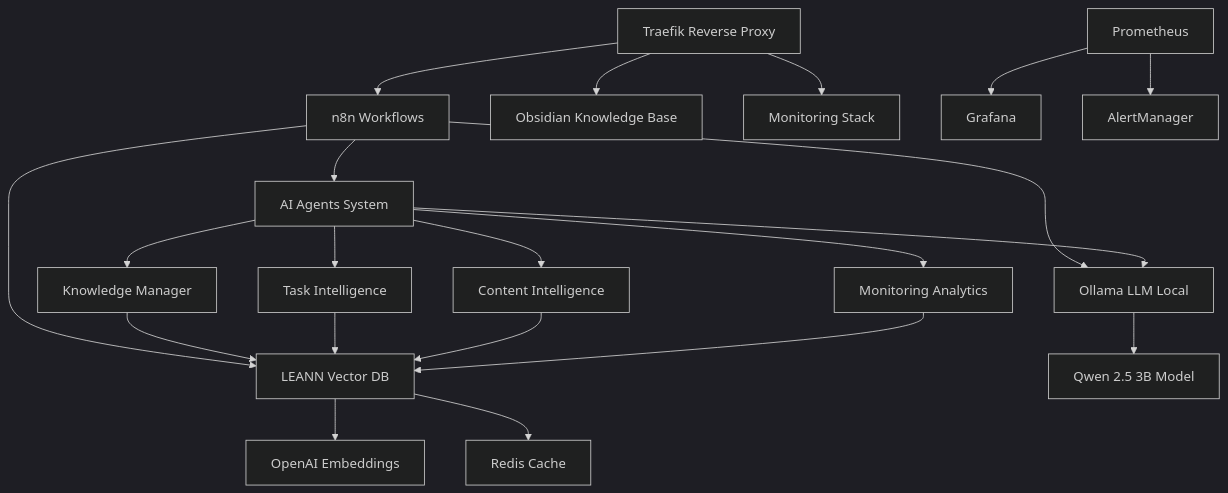
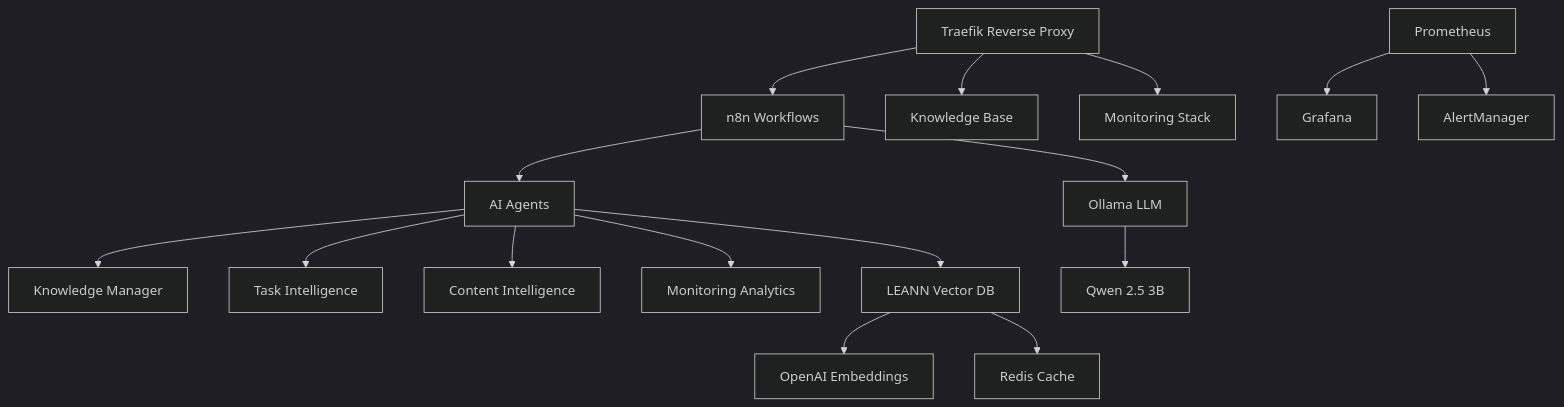
The diagram in README.md (fredericosanntana/ai-infrastructure-stack), drawn with Mermaid (dark theme) before and after one commit. The commit also changed other lines of this file, not shown here.

````diff
--- a/README.md
+++ b/README.md
@@ -25,28 +7,22 @@
 ```mermaid
 graph TD
     A[Traefik Reverse Proxy] --> B[n8n Workflows]
-    A --> C[Obsidian Knowledge Base]
+    A --> C[Knowledge Base]
     A --> D[Monitoring Stack]
 
-    B --> E[AI Agents System]
+    B --> E[AI Agents]
     E --> F[Knowledge Manager]
     E --> G[Task Intelligence]
     E --> H[Content Intelligence]
     E --> I[Monitoring Analytics]
 
     J[LEANN Vector DB] --> K[OpenAI Embeddings]
     J --> L[Redis Cache]
 
-    P[Ollama LLM Local] --> Q[Qwen 2.5 3B Model]
+    P[Ollama LLM] --> Q[Qwen 2.5 3B]
     B --> P
-    E --> P
-
-    B --> J
-    F --> J
-    G --> J
-    H --> J
-    I --> J
+    E --> J
 
     M[Prometheus] --> N[Grafana]
     M --> O[AlertManager]
 ```
````
